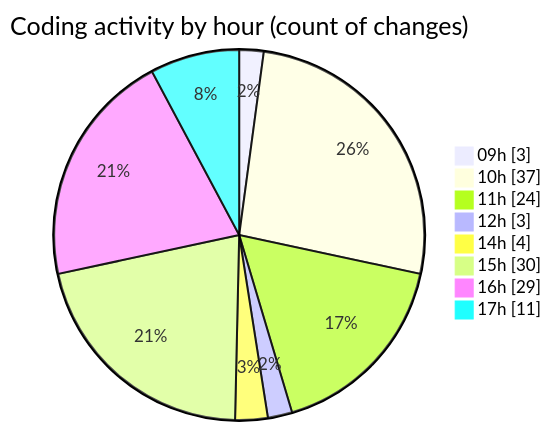
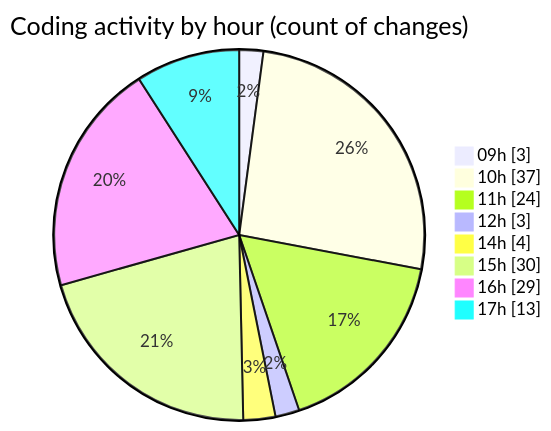
Before and after one commit to CELIANVF/code-tracking: the second of 2 diagrams in 2025-05-02/ecodeli/README.md, drawn with Mermaid. The commit also changed other lines of this file and 1 other file, not shown here.

````diff
--- a/2025-05-02/ecodeli/README.md
+++ b/2025-05-02/ecodeli/README.md
@@ -92,12 +93,12 @@
 ```mermaid
 pie showData
 title Coding activity by hour (count of changes)
 "09h" : 3
 "10h" : 37
 "11h" : 24
 "12h" : 3
 "14h" : 4
 "15h" : 30
 "16h" : 29
-"17h" : 11
+"17h" : 13
 ```
````
